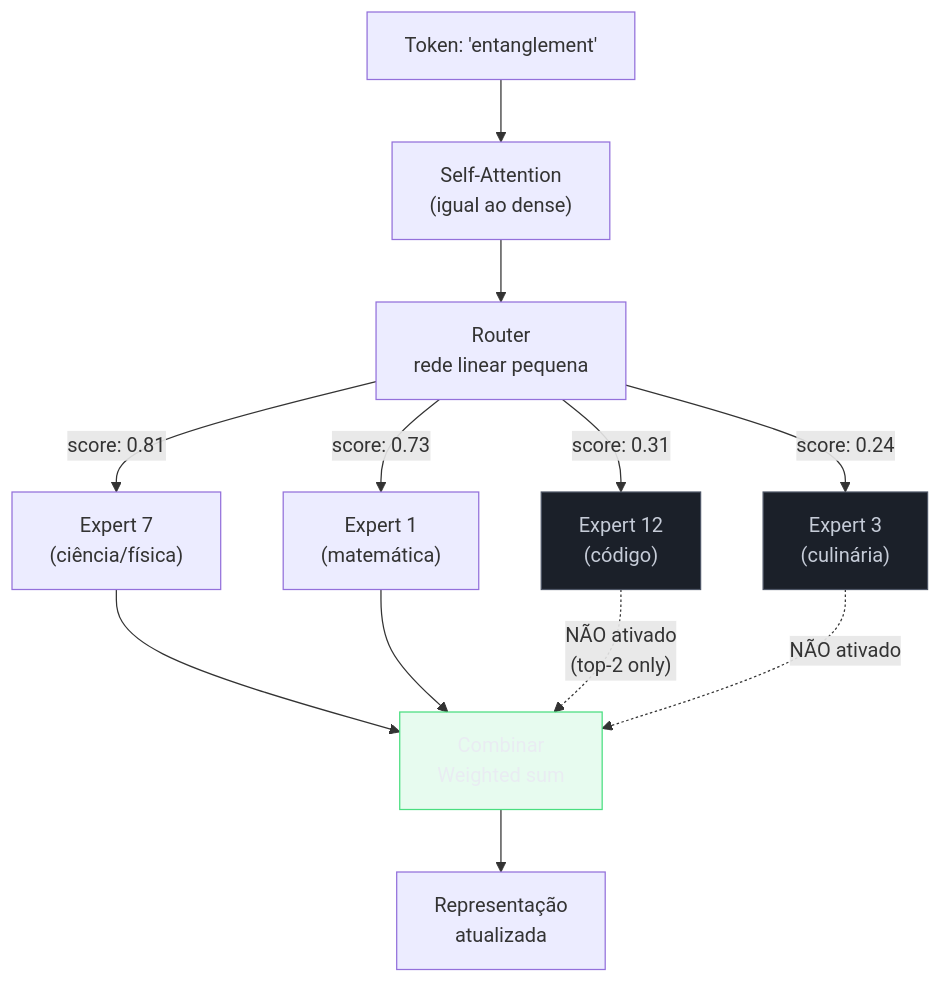
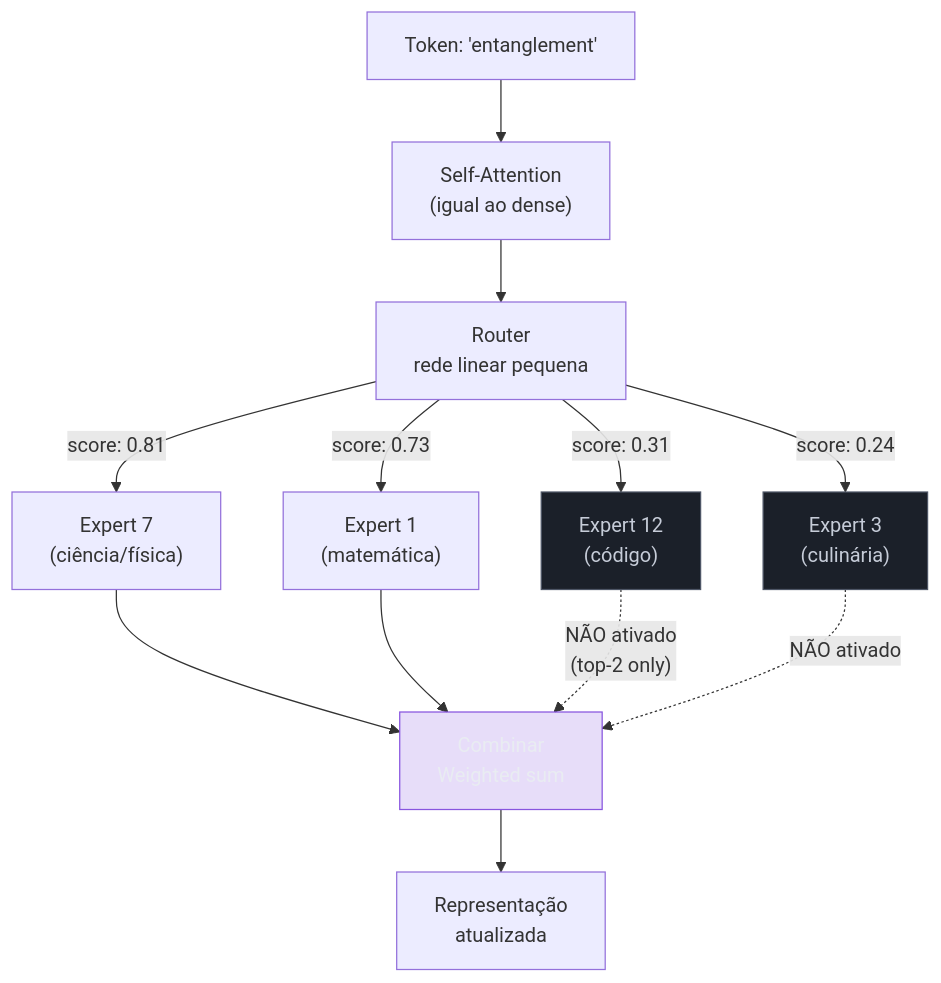
One commit to josenaldo/codex-technomanticus changed the second of 4 diagrams in 03-Dominios/Tecnologia/IA/Anatomia dos LLMs/09 - Dense vs Mixture-of-Experts.md. Above: the diagram before and after it, drawn with Mermaid. The commit also changed other lines of this file and 601 other files, not shown here.

````diff
--- a/03-Dominios/Tecnologia/IA/Anatomia dos LLMs/09 - Dense vs Mixture-of-Experts.md
+++ b/03-Dominios/Tecnologia/IA/Anatomia dos LLMs/09 - Dense vs Mixture-of-Experts.md
@@ -75,19 +75,19 @@
 ```mermaid
 graph TD
+    classDef marca fill:#8855DF33,stroke:#8855DF,color:#E9ECF2
     classDef neutro fill:#1B2029,stroke:#4E5666,color:#C6CCD8
-    classDef ok fill:#4ADE8021,stroke:#4ADE80,color:#E9ECF2
     A["Token: 'entanglement'"] --> B["Self-Attention\n(igual ao dense)"]
     B --> C["Router\nrede linear pequena"]
     C -- "score: 0.81" --> D["Expert 7\n(ciência/física)"]
     C -- "score: 0.73" --> E["Expert 1\n(matemática)"]
     C -- "score: 0.31" --> F["Expert 12\n(código)"]
     C -- "score: 0.24" --> G["Expert 3\n(culinária)"]
     D --> H["Combinar\nWeighted sum"]
     E --> H
     H --> I["Representação\natualizada"]
     F -. "NÃO ativado\n(top-2 only)" .-> H
     G -. "NÃO ativado" .-> H
     class F neutro
     class G neutro
-    class H ok
+    class H marca
 ```
````
